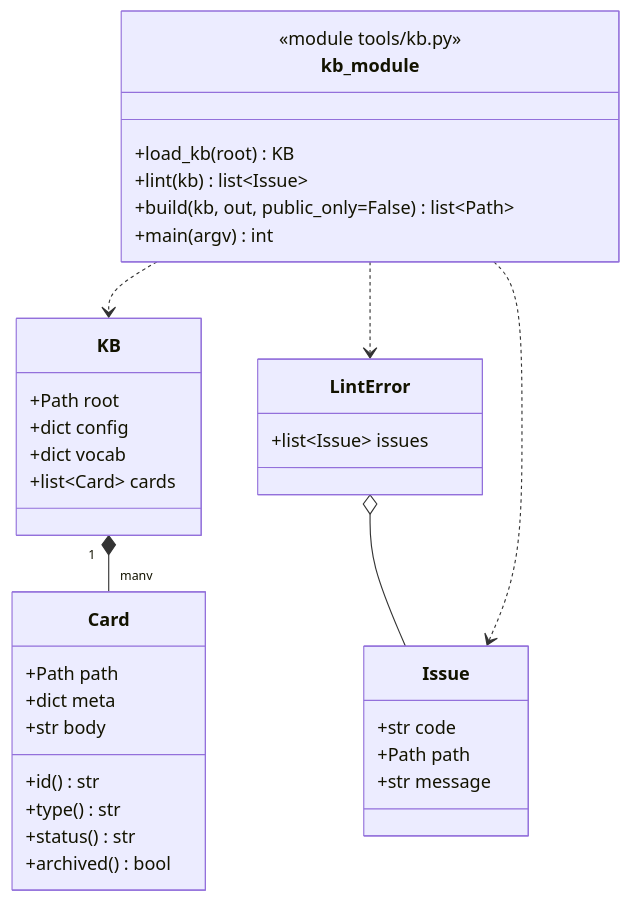
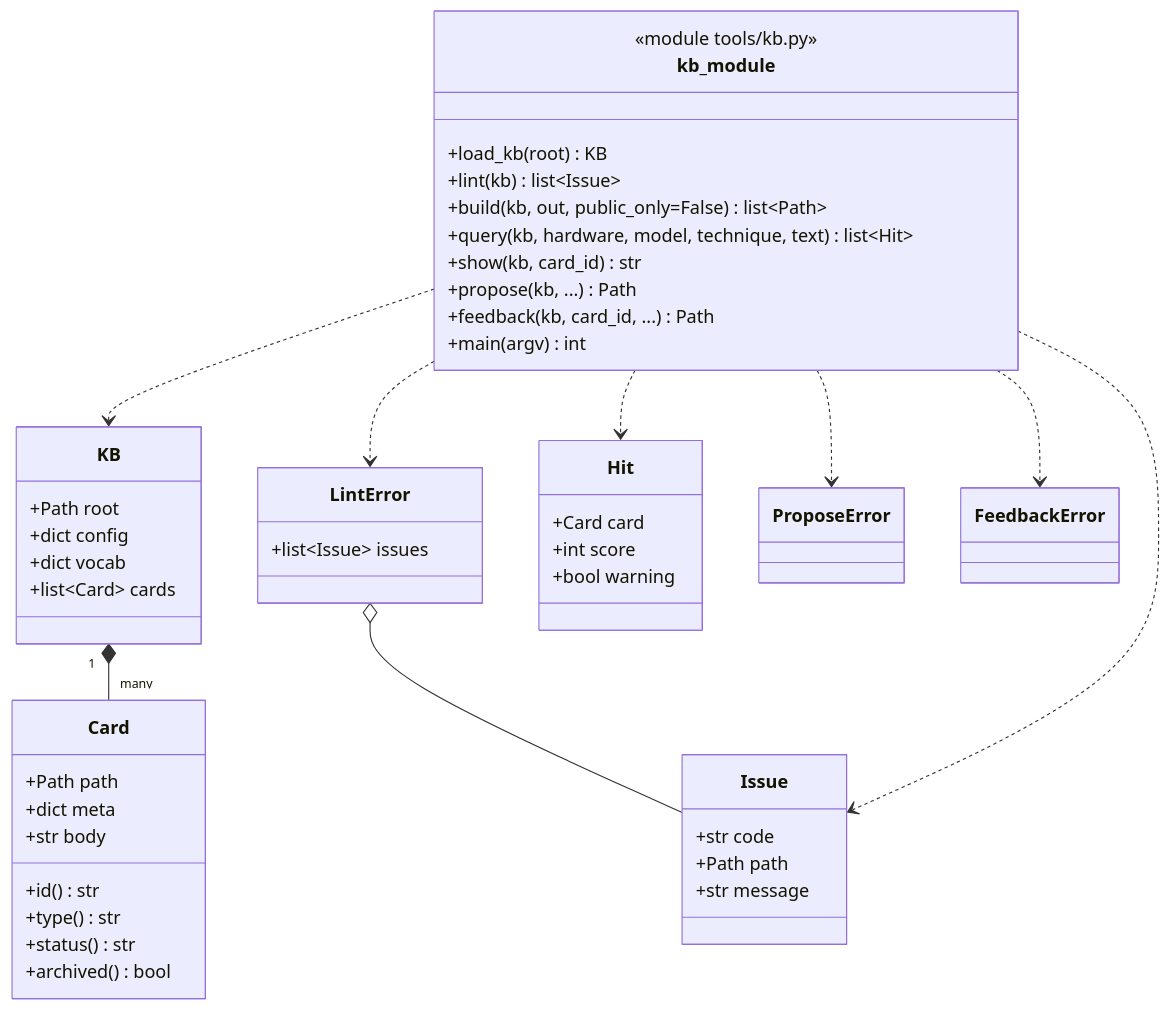
One commit to happyAnger66-an/AiInfraKB changed the second of 2 diagrams in docs/architecture.md. Above: the diagram before and after it, drawn with Mermaid. The commit also changed other lines of this file and 5 other files, not shown here.

First line of the commit message:
feat: 增加 kb query、show、propose 与 feedback

````diff
--- a/docs/architecture.md
+++ b/docs/architecture.md
@@ -33,39 +33,53 @@
 ```mermaid
 classDiagram
   class KB {
     +Path root
     +dict config
     +dict vocab
     +list~Card~ cards
   }
   class Card {
     +Path path
     +dict meta
     +str body
     +id() str
     +type() str
     +status() str
     +archived() bool
   }
   class Issue {
     +str code
     +Path path
     +str message
   }
   class LintError {
     +list~Issue~ issues
   }
   KB "1" *-- "many" Card
   LintError o-- Issue
 
   class kb_module {
     <<module tools/kb.py>>
     +load_kb(root) KB
     +lint(kb) list~Issue~
     +build(kb, out, public_only=False) list~Path~
+    +query(kb, hardware, model, technique, text) list~Hit~
+    +show(kb, card_id) str
+    +propose(kb, ...) Path
+    +feedback(kb, card_id, ...) Path
     +main(argv) int
   }
+  class Hit {
+    +Card card
+    +int score
+    +bool warning
+  }
+  class ProposeError
+  class FeedbackError
   kb_module ..> KB
   kb_module ..> Issue
   kb_module ..> LintError
+  kb_module ..> Hit
+  kb_module ..> ProposeError
+  kb_module ..> FeedbackError
 ```
````
